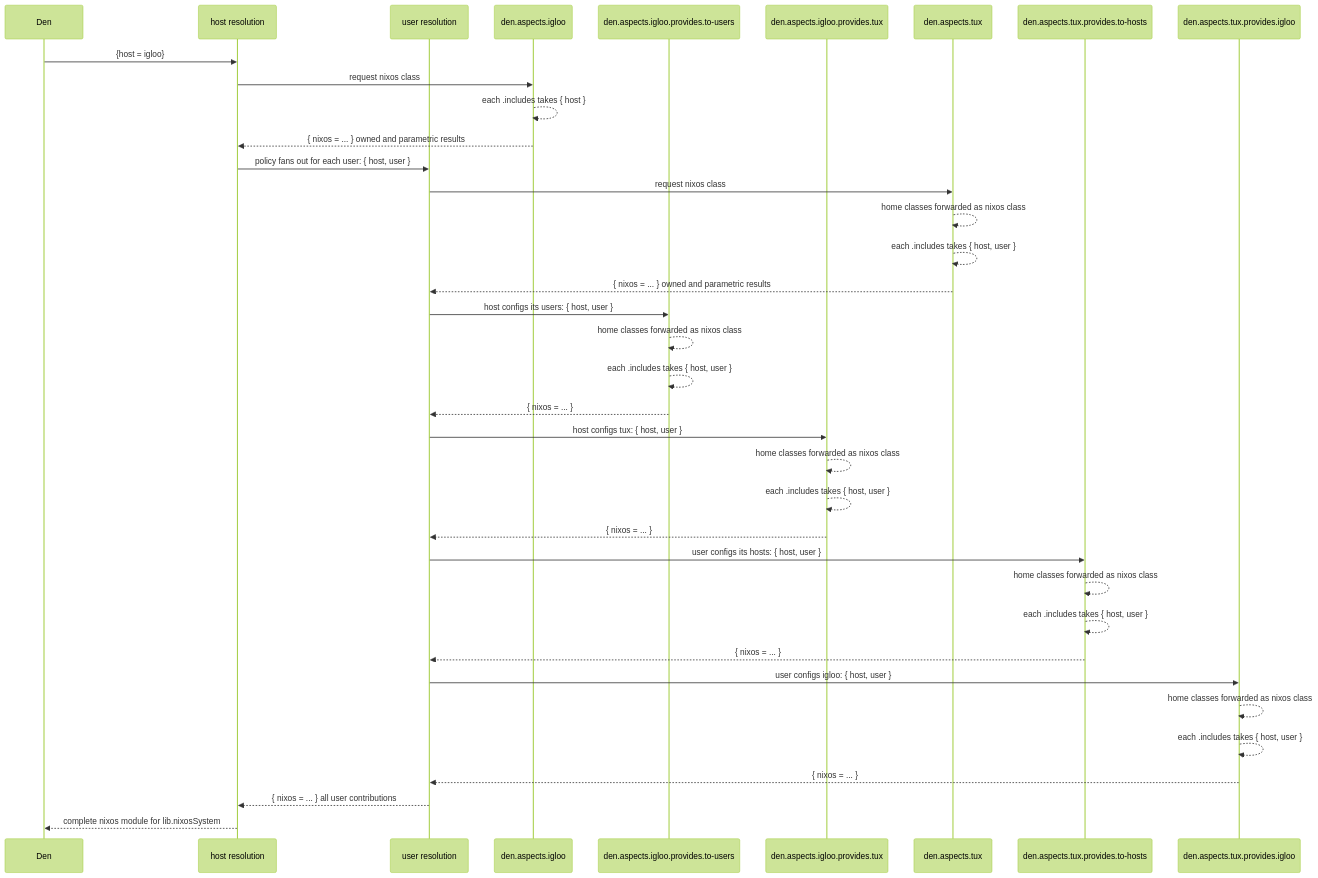
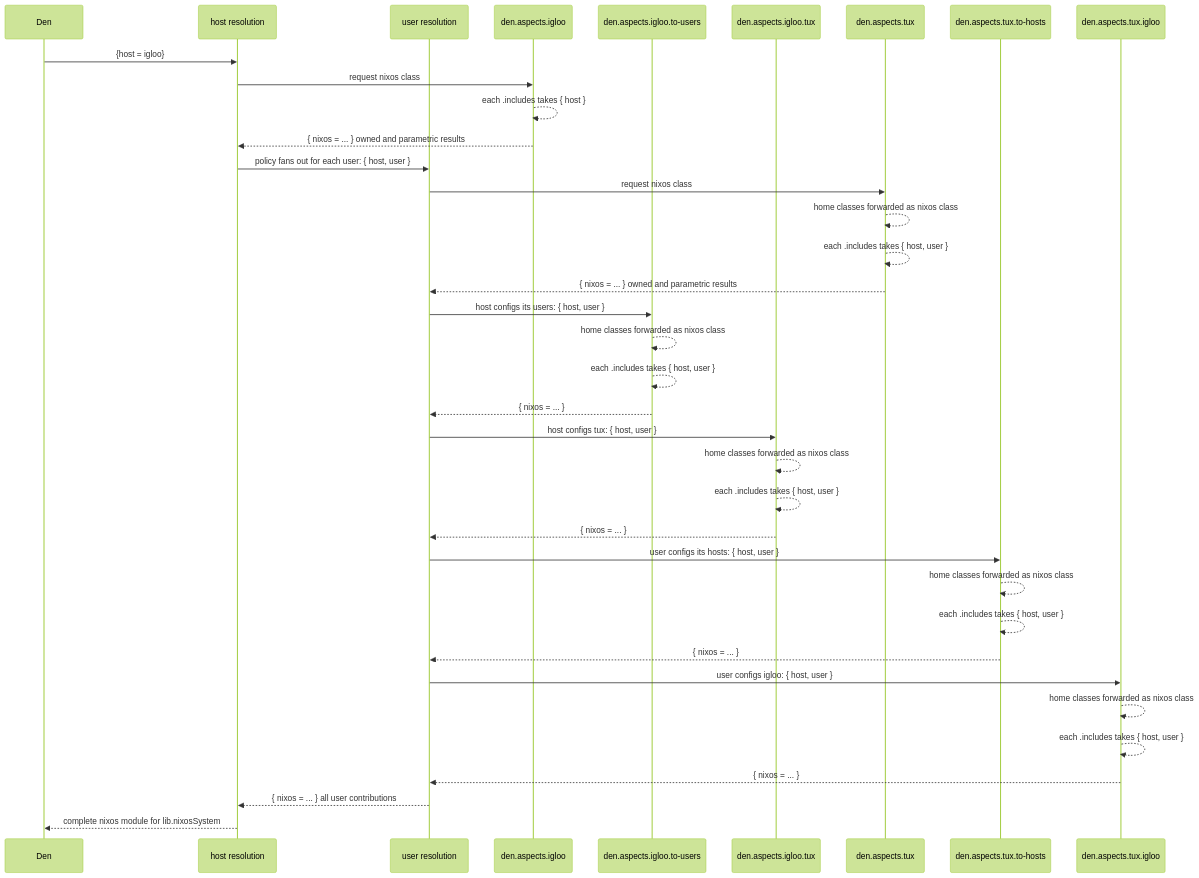
Before and after one commit to denful/den: the second of 2 diagrams in docs/src/content/docs/guides/mutual.mdx, drawn with Mermaid (forest theme). The commit also changed other lines of this file and 76 other files, not shown here.

Commit message:
improve: Move all batteries to `den.batteries` make `den.provides` and `den._` alias for it

````diff
--- a/docs/src/content/docs/guides/mutual.mdx
+++ b/docs/src/content/docs/guides/mutual.mdx
@@ -91,51 +91,51 @@
 ```mermaid
 sequenceDiagram
    participant Den
    participant host as host resolution
    participant user as user resolution
    participant igloo as den.aspects.igloo
-   participant igloo-users as den.aspects.igloo.provides.to-users
-   participant igloo-tux as den.aspects.igloo.provides.tux
+   participant igloo-users as den.aspects.igloo.to-users
+   participant igloo-tux as den.aspects.igloo.tux
    participant tux as den.aspects.tux
-   participant tux-hosts as den.aspects.tux.provides.to-hosts
-   participant tux-igloo as den.aspects.tux.provides.igloo
+   participant tux-hosts as den.aspects.tux.to-hosts
+   participant tux-igloo as den.aspects.tux.igloo
 
    Den  ->>  host  :  {host = igloo}
 
    host ->> igloo : request nixos class
    igloo -->> igloo : each .includes takes { host }
    igloo -->> host : { nixos = ... } owned and parametric results
 
    host ->> user : policy fans out for each user: { host, user }
 
    user ->> tux : request nixos class
    tux -->> tux : home classes forwarded as nixos class
    tux -->> tux : each .includes takes { host, user }
    tux -->> user : { nixos = ... } owned and parametric results
 
    user ->> igloo-users : host configs its users: { host, user }
    igloo-users -->> igloo-users : home classes forwarded as nixos class
    igloo-users -->> igloo-users : each .includes takes { host, user }
    igloo-users -->> user : { nixos = ... }
 
    user ->> igloo-tux : host configs tux: { host, user }
    igloo-tux -->> igloo-tux : home classes forwarded as nixos class
    igloo-tux -->> igloo-tux : each .includes takes { host, user }
    igloo-tux -->> user : { nixos = ... }
 
    user ->> tux-hosts : user configs its hosts: { host, user }
    tux-hosts -->> tux-hosts : home classes forwarded as nixos class
    tux-hosts -->> tux-hosts : each .includes takes { host, user }
    tux-hosts -->> user : { nixos = ... }
 
    user ->> tux-igloo : user configs igloo: { host, user }
    tux-igloo -->> tux-igloo : home classes forwarded as nixos class
    tux-igloo -->> tux-igloo : each .includes takes { host, user }
    tux-igloo -->> user : { nixos = ... }
 
 
    user -->> host : { nixos = ... } all user contributions
 
    host -->> Den : complete nixos module for lib.nixosSystem
 
 ```
````
